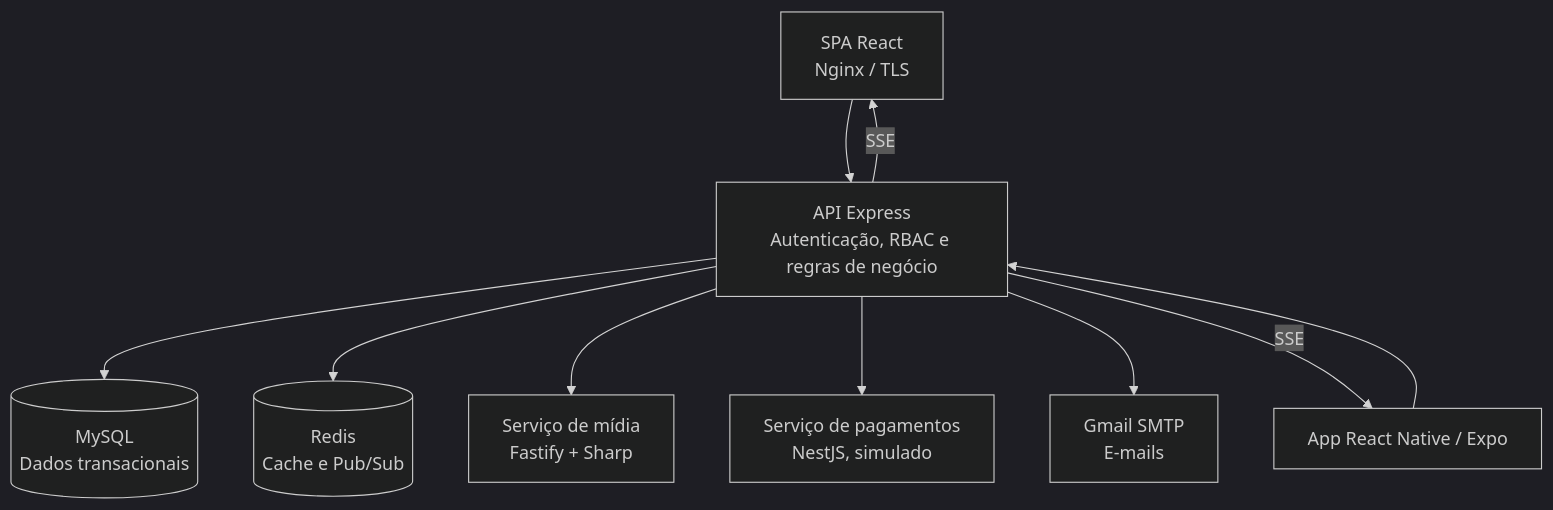
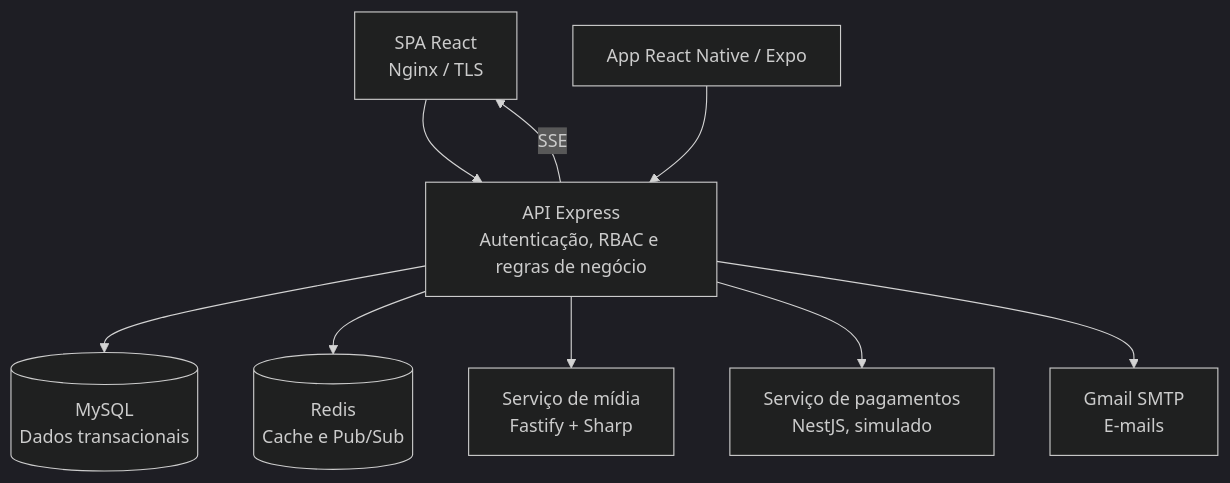
Before and after one commit to PHFogo/edulibre_docker1: the second of 3 diagrams in docs/arquitetura.md, drawn with Mermaid (dark theme). The commit also changed other lines of this file, not shown here.

Commit message:
docs: align mobile integrations with implementation

````diff
--- a/docs/arquitetura.md
+++ b/docs/arquitetura.md
@@ -17,12 +17,11 @@
 ```mermaid
 flowchart TB
   browser[SPA React\nNginx / TLS] --> api[API Express\nAutenticação, RBAC e regras de negócio]
   mobile[App React Native / Expo] --> api
   api --> mysql[(MySQL\nDados transacionais)]
   api --> redis[(Redis\nCache e Pub/Sub)]
   api --> media[Serviço de mídia\nFastify + Sharp]
   api --> payment[Serviço de pagamentos\nNestJS, simulado]
   api --> smtp[Gmail SMTP\nE-mails]
   api -->|SSE| browser
-  api -->|SSE| mobile
 ```
````
